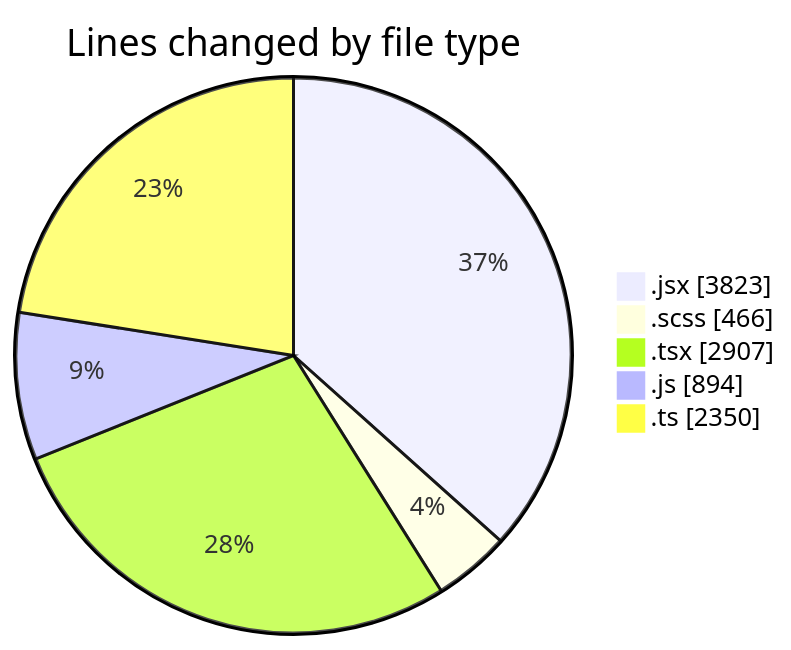
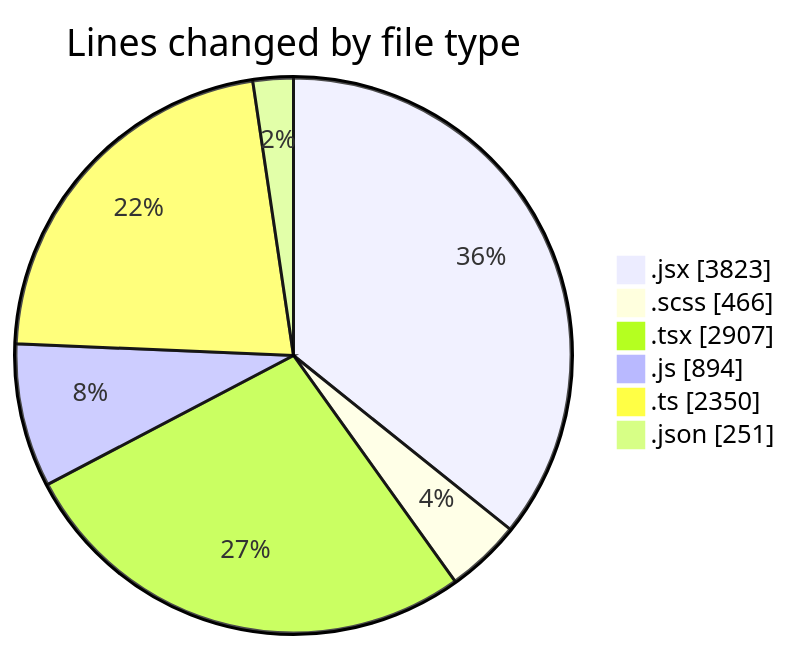
The first of 2 diagrams in 2026-09-02/cda/README.md (momahboobian/code-tracking), drawn with Mermaid before and after one commit. The commit also changed other lines of this file and 1 other file, not shown here.

````diff
--- a/2026-09-02/cda/README.md
+++ b/2026-09-02/cda/README.md
@@ -69,9 +71,10 @@
 ```mermaid
 pie showData
 title Lines changed by file type
 ".jsx" : 3823
 ".scss" : 466
 ".tsx" : 2907
 ".js" : 894
 ".ts" : 2350
+".json" : 251
 ```
````
